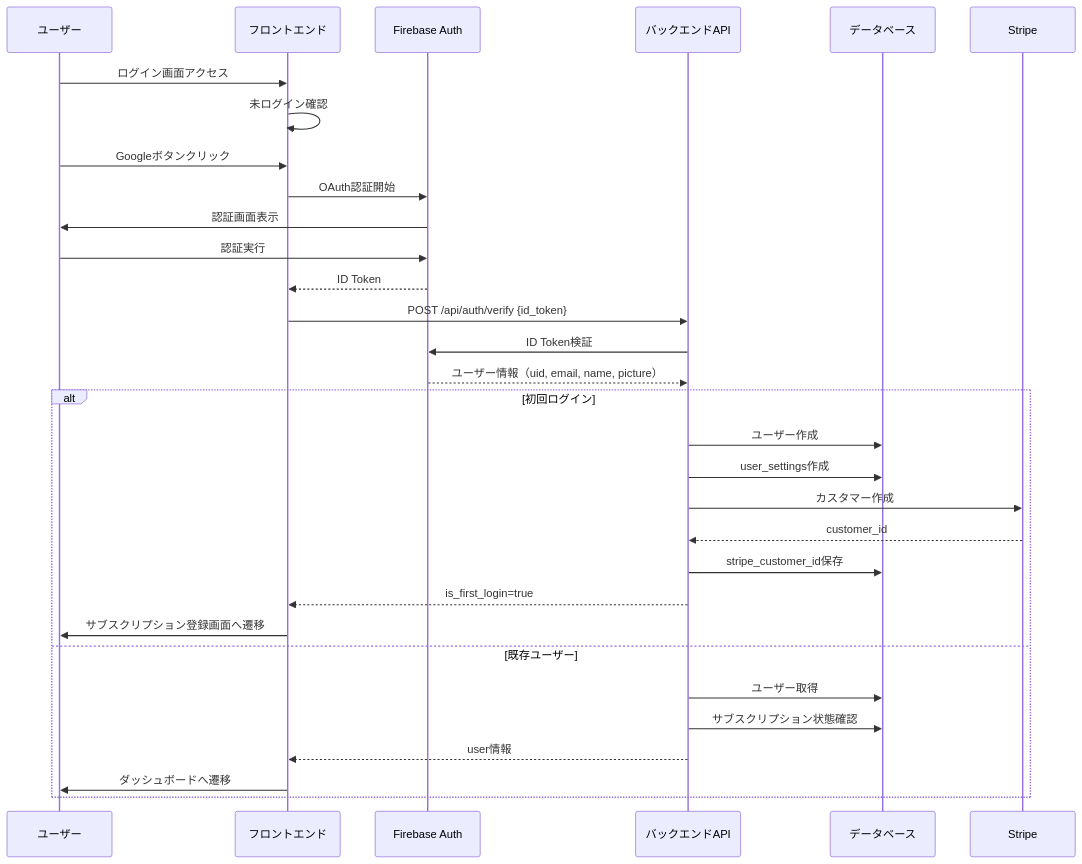
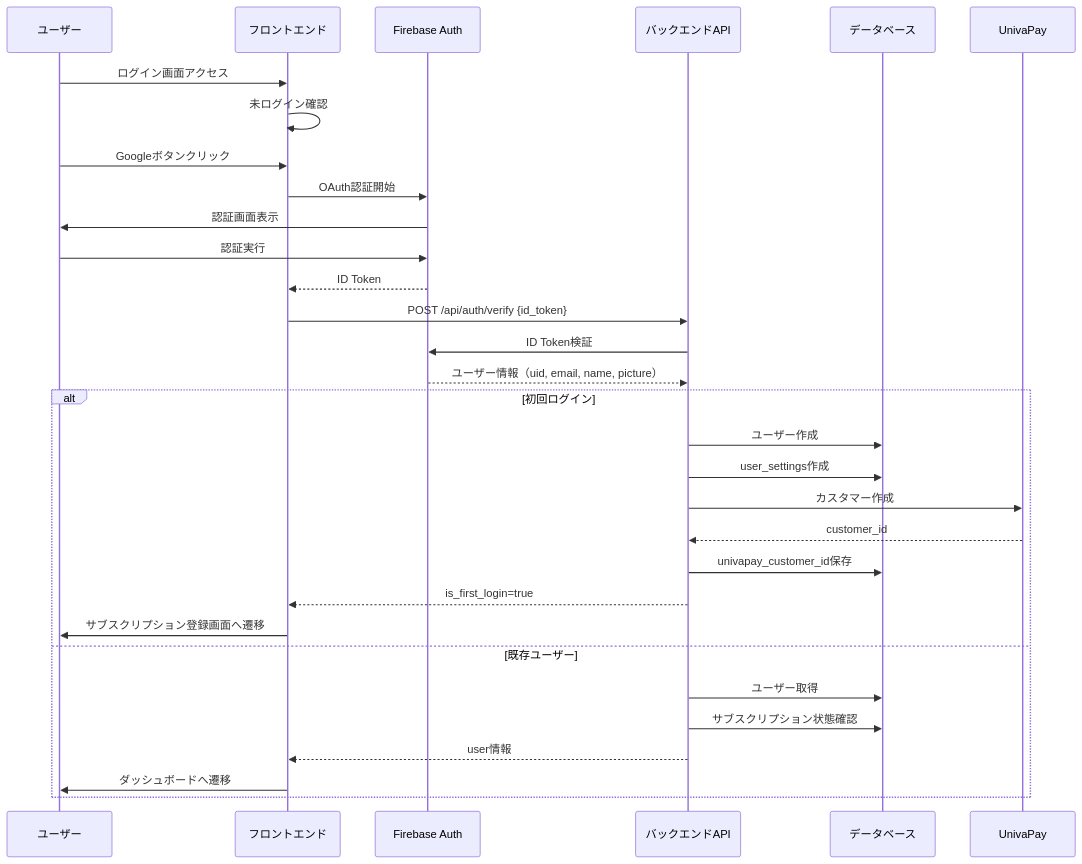
One commit to RRRRRRR-777/SikouLab changed the third of 3 diagrams in docs/functions/auth/login.md. Above: the diagram before and after it, drawn with Mermaid. The commit also changed other lines of this file and 13 other files, not shown here.

````diff
--- a/docs/functions/auth/login.md
+++ b/docs/functions/auth/login.md
@@ -152,37 +146,37 @@
 ```mermaid
 sequenceDiagram
     participant User as ユーザー
     participant Front as フロントエンド
     participant Firebase as Firebase Auth
     participant API as バックエンドAPI
     participant DB as データベース
-    participant Stripe as Stripe
+    participant UnivaPay as UnivaPay
 
     User->>Front: ログイン画面アクセス
     Front->>Front: 未ログイン確認
 
     User->>Front: Googleボタンクリック
     Front->>Firebase: OAuth認証開始
     Firebase->>User: 認証画面表示
     User->>Firebase: 認証実行
     Firebase-->>Front: ID Token
 
     Front->>API: POST /api/auth/verify {id_token}
     API->>Firebase: ID Token検証
     Firebase-->>API: ユーザー情報（uid, email, name, picture）
 
     alt 初回ログイン
         API->>DB: ユーザー作成
         API->>DB: user_settings作成
-        API->>Stripe: カスタマー作成
-        Stripe-->>API: customer_id
-        API->>DB: stripe_customer_id保存
+        API->>UnivaPay: カスタマー作成
+        UnivaPay-->>API: customer_id
+        API->>DB: univapay_customer_id保存
         API-->>Front: is_first_login=true
         Front->>User: サブスクリプション登録画面へ遷移
     else 既存ユーザー
         API->>DB: ユーザー取得
         API->>DB: サブスクリプション状態確認
         API-->>Front: user情報
         Front->>User: ダッシュボードへ遷移
     end
 ```
````
